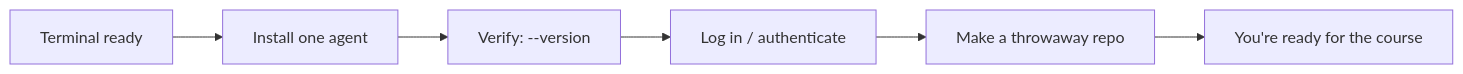
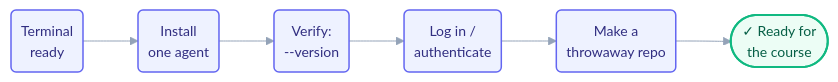
Before and after one commit to ayeshakhalid192007-dev/LoopEngineering-CrashCourse: the diagram in docs/prerequisites/environment-setup.md, drawn with Mermaid. The commit also changed 14 other files, not shown here.

First line of the commit message:
Polish Day 1 mermaid diagrams; log the checker/link-check re-run

````diff
--- a/docs/prerequisites/environment-setup.md
+++ b/docs/prerequisites/environment-setup.md
@@ -26,8 +26,11 @@
 ```mermaid
+%%{init: {'theme':'base','themeVariables':{'fontFamily':'ui-sans-serif, system-ui, sans-serif','fontSize':'14px','lineColor':'#94a3b8'},'flowchart':{'curve':'basis','nodeSpacing':38,'rankSpacing':55,'padding':10}}}%%
 flowchart LR
-    A[Terminal ready] --> B[Install one agent]
-    B --> C[Verify: --version]
-    C --> D[Log in / authenticate]
-    D --> E[Make a throwaway repo]
-    E --> F[You're ready for the course]
+    A("Terminal<br/>ready"):::step --> B("Install<br/>one agent"):::step
+    B --> C("Verify:<br/>--version"):::step
+    C --> D("Log in /<br/>authenticate"):::step
+    D --> E("Make a<br/>throwaway repo"):::step
+    E --> F(["✓ Ready for<br/>the course"]):::done
+    classDef step fill:#eef2ff,stroke:#6366f1,stroke-width:1.5px,color:#312e81;
+    classDef done fill:#ecfdf5,stroke:#10b981,stroke-width:2px,color:#065f46;
 ```
````
